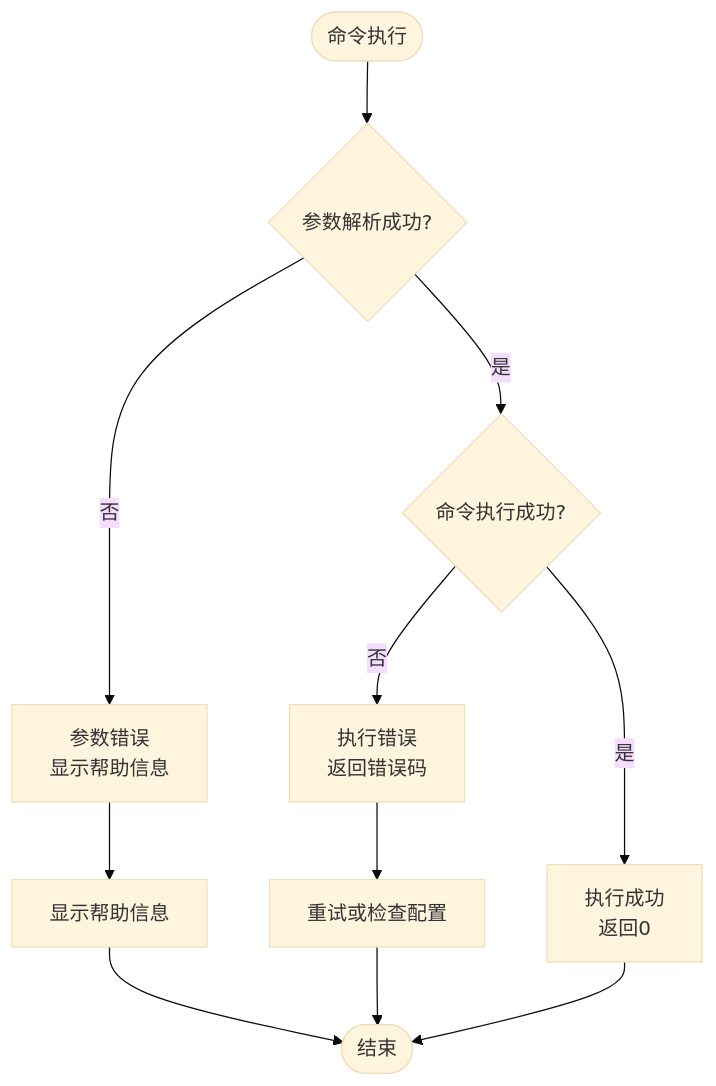
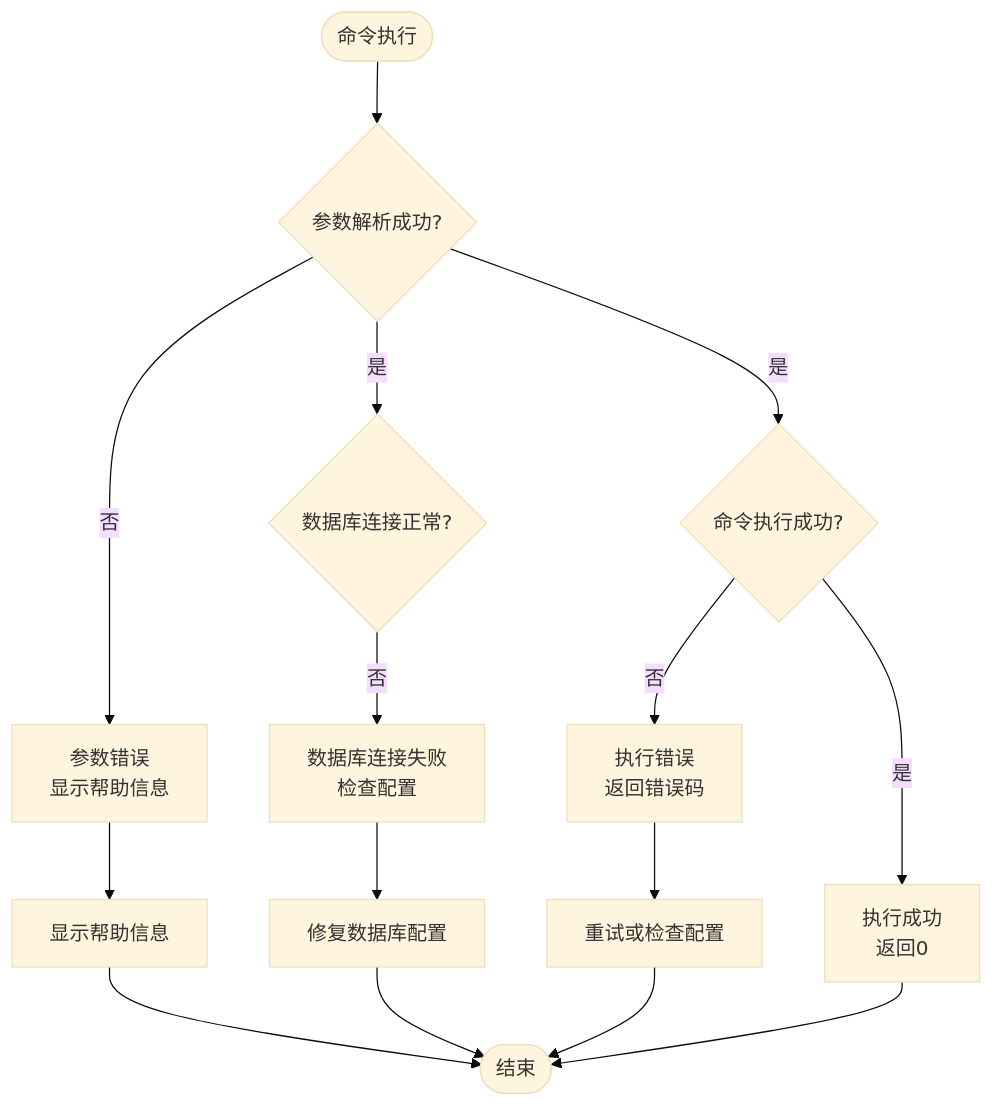
The ninth of 9 diagrams in .qoder/repowiki/zh/content/核心功能开发/命令行界面.md (gree-coder/fund-butler), drawn with Mermaid (base theme) before and after one commit. The commit also changed other lines of this file and 4 other files, not shown here.

````diff
--- a/.qoder/repowiki/zh/content/核心功能开发/命令行界面.md
+++ b/.qoder/repowiki/zh/content/核心功能开发/命令行界面.md
@@ -500,13 +576,17 @@
 ```mermaid
 flowchart TD
 Start([命令执行]) --> ParseCheck{"参数解析成功?"}
 ParseCheck --> |否| ParamError["参数错误<br/>显示帮助信息"]
+ParseCheck --> |是| DBCheck{"数据库连接正常?"}
+DBCheck --> |否| DBError["数据库连接失败<br/>检查配置"]
 ParseCheck --> |是| ExecCheck{"命令执行成功?"}
 ExecCheck --> |否| ExecError["执行错误<br/>返回错误码"]
 ExecCheck --> |是| Success["执行成功<br/>返回0"]
 ParamError --> Help["显示帮助信息"]
+DBError --> ConfigFix["修复数据库配置"]
 ExecError --> Retry["重试或检查配置"]
 Help --> End([结束])
+ConfigFix --> End
 Retry --> End
 Success --> End
 ```
````
